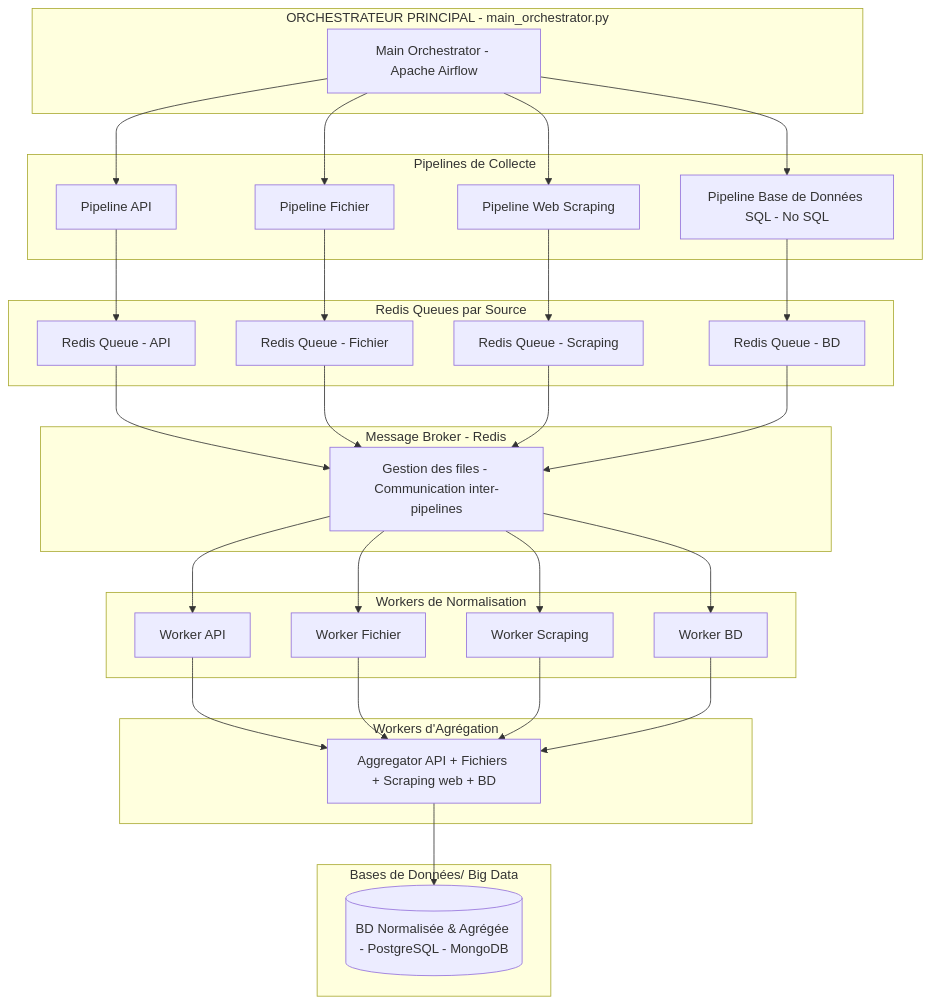
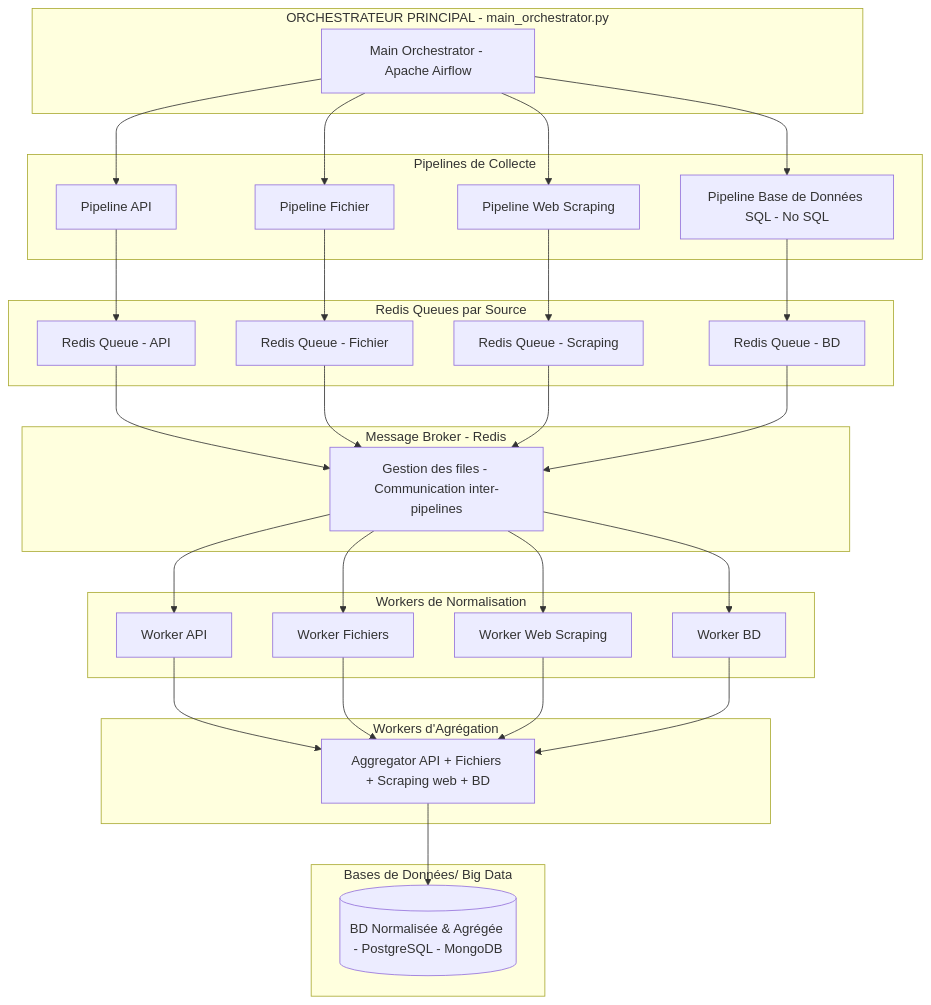
Before and after one commit to OlivierLAVAUD/imo-ops: the diagram in README.md, drawn with Mermaid. The commit also changed other lines of this file and 3 other files, not shown here.

````diff
--- a/README.md
+++ b/README.md
@@ -33,79 +33,79 @@
 ```mermaid
 flowchart TB
 
   %% === ORCHESTRATEUR PRINCIPAL ===
   subgraph MainOrchestrator["ORCHESTRATEUR PRINCIPAL - main_orchestrator.py"]
     MainOrch[Main Orchestrator - Apache Airflow]
   end
 
   %% === PIPELINES ===
   subgraph Pipelines["Pipelines de Collecte"]
     PipeAPI[Pipeline API]
     PipeFile[Pipeline Fichier]
     PipeWeb[Pipeline Web Scraping]
     PipeDB[Pipeline Base de Données SQL - No SQL]
   end
 
   %% === REDIS QUEUES ===
   subgraph RedisQ["Redis Queues par Source"]
     QueueAPI[Redis Queue - API]
     QueueFile[Redis Queue - Fichier]
     QueueWeb[Redis Queue - Scraping]
     QueueDB[Redis Queue - BD]
   end
 
   %% === MESSAGE BROKER ===
   subgraph Broker["Message Broker - Redis"]
     BrokerCore[Gestion des files - Communication inter-pipelines]
   end
 
   %% === WORKERS DE NORMALISATION ===
   subgraph Normalizers["Workers de Normalisation"]
     WorkerAPI[Worker API]
-    WorkerFile[Worker Fichier]
-    WorkerWeb[Worker Scraping]
+    WorkerFile[Worker Fichiers]
+    WorkerWeb[Worker Web Scraping]
     WorkerDB[Worker BD]
   end
 
   %% === WORKERS D'AGREGATION ===
   subgraph Aggregators["Workers d'Agrégation"]
     AggAPI[Aggregator API + Fichiers + Scraping web + BD]
 
   end
 
   %% === BASES DE DONNÉES ===
   subgraph Databases["Bases de Données/ Big Data"]
     DBAPI[(BD Normalisée & Agrégée - PostgreSQL - MongoDB)]
   end
 
 
 
   %% === LIENS ===
   MainOrch --> PipeAPI
   MainOrch --> PipeFile
   MainOrch --> PipeWeb
   MainOrch --> PipeDB
 
   PipeAPI --> QueueAPI
   PipeFile --> QueueFile
   PipeWeb --> QueueWeb
   PipeDB --> QueueDB
 
   QueueAPI --> BrokerCore
   QueueFile --> BrokerCore
   QueueWeb --> BrokerCore
   QueueDB --> BrokerCore
 
   BrokerCore --> WorkerAPI
   BrokerCore --> WorkerFile
   BrokerCore --> WorkerWeb
   BrokerCore --> WorkerDB
 
   WorkerAPI --> AggAPI
   WorkerFile --> AggAPI
   WorkerWeb --> AggAPI
   WorkerDB --> AggAPI
 
   AggAPI --> DBAPI
   
 ```
````
